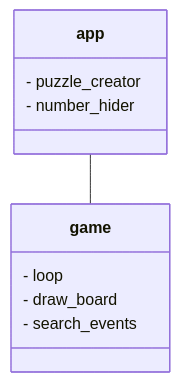
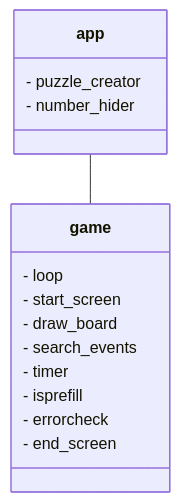
The first of 2 diagrams in dokumentaatio/arkkitehtuuri.md (McIlola/Ohjelmistotekniikka), drawn with Mermaid before and after one commit.

````diff
--- a/dokumentaatio/arkkitehtuuri.md
+++ b/dokumentaatio/arkkitehtuuri.md
@@ -2,9 +2,14 @@
 ```mermaid
  classDiagram
     class app{- puzzle_creator
     - number_hider}
         app -- game
     class game{- loop
+    - start_screen
     - draw_board
-    - search_events}
+    - search_events
+    - timer
+    - isprefill
+    - errorcheck
+    - end_screen}
 ```
````
